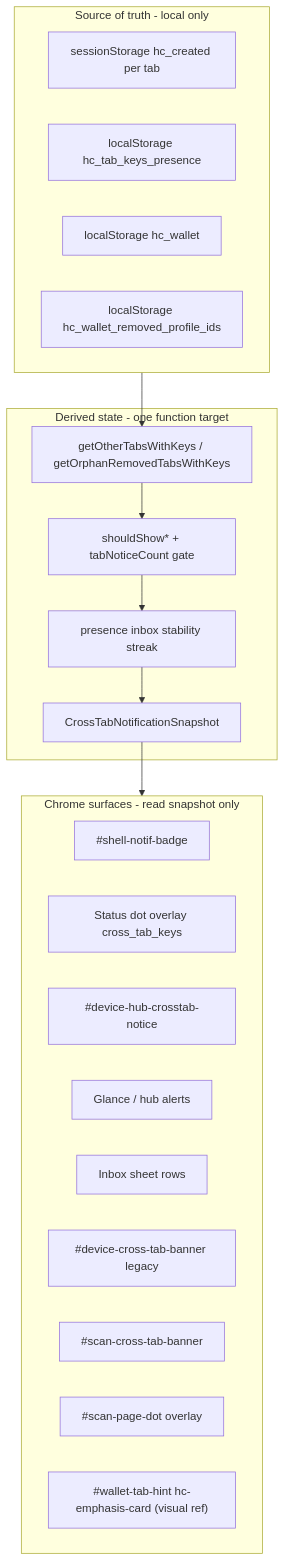
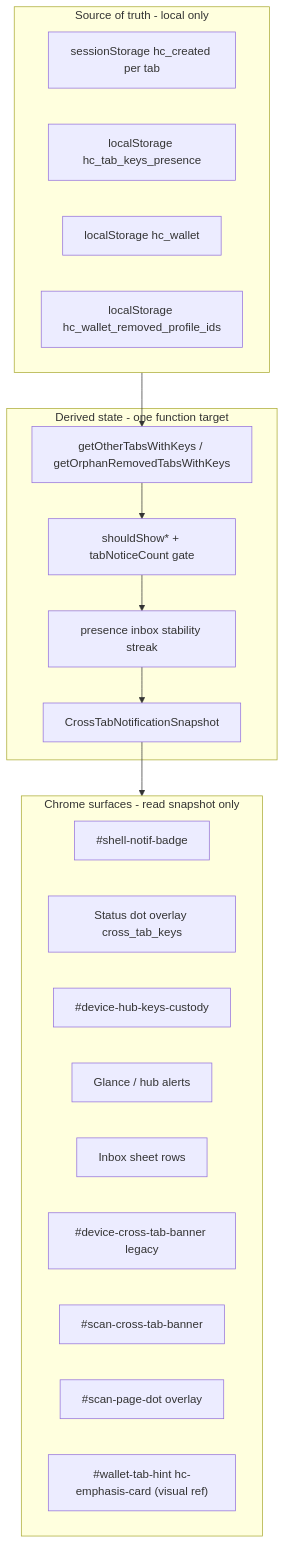
One commit to h6811127/humanity.llc changed the diagram in docs/CROSS_TAB_KEYS_NOTIFICATION_SYSTEM.md. Above: the diagram before and after it, drawn with Mermaid. The commit also changed other lines of this file and 16 other files, not shown here.

First line of the commit message:
Add unified hub Keys custody panel and improvement plan.

````diff
--- a/docs/CROSS_TAB_KEYS_NOTIFICATION_SYSTEM.md
+++ b/docs/CROSS_TAB_KEYS_NOTIFICATION_SYSTEM.md
@@ -24,31 +24,31 @@
 ```mermaid
 flowchart TB
   subgraph truth [Source of truth - local only]
     SS["sessionStorage hc_created per tab"]
     LS["localStorage hc_tab_keys_presence"]
     WALLET["localStorage hc_wallet"]
     DENY["localStorage hc_wallet_removed_profile_ids"]
   end
 
   subgraph derive [Derived state - one function target]
     RAW["getOtherTabsWithKeys / getOrphanRemovedTabsWithKeys"]
     GATE["shouldShow* + tabNoticeCount gate"]
     STAB["presence inbox stability streak"]
     SNAP["CrossTabNotificationSnapshot"]
   end
 
   subgraph chrome [Chrome surfaces - read snapshot only]
     BADGE["#shell-notif-badge"]
     DOT["Status dot overlay cross_tab_keys"]
-    HUB["#device-hub-crosstab-notice"]
+    HUB["#device-hub-keys-custody"]
     GLANCE["Glance / hub alerts"]
     SHEET["Inbox sheet rows"]
     BANNER["#device-cross-tab-banner legacy"]
     SCAN["#scan-cross-tab-banner"]
     SCAN_DOT["#scan-page-dot overlay"]
     WALLET_HINT["#wallet-tab-hint hc-emphasis-card (visual ref)"]
   end
 
   truth --> RAW --> GATE --> STAB --> SNAP
   SNAP --> chrome
 ```
````
